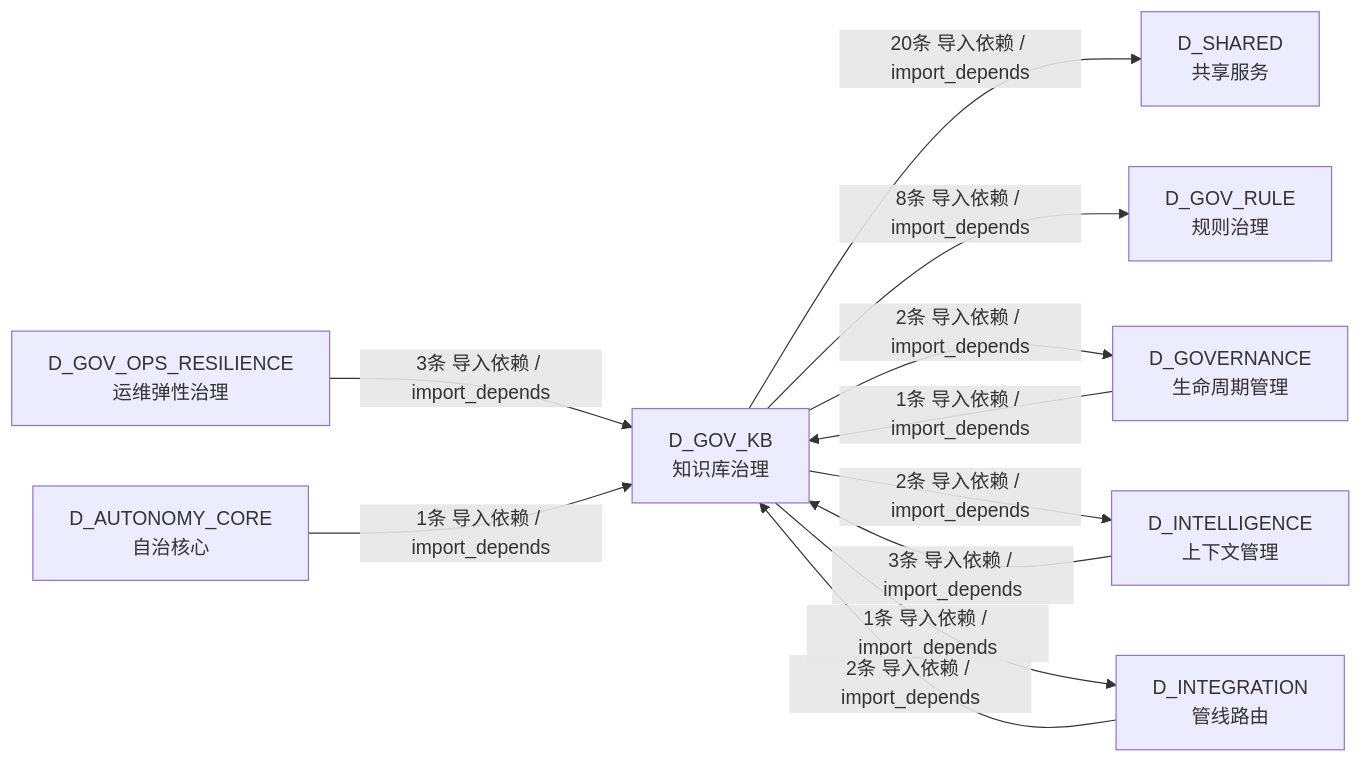
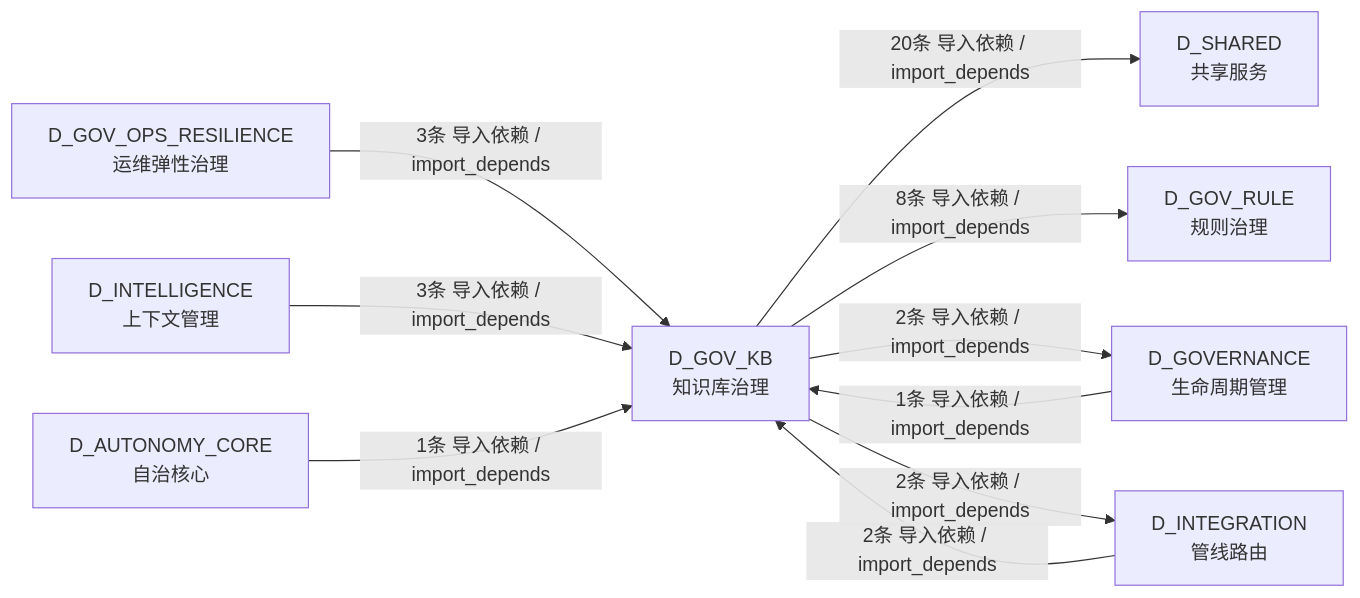
One commit to xuanFelixVan/ZephyrAlpha changed the fifth of 5 diagrams in docs/02_enterprise_architecture/02_domain_architecture_docs/43_d_gov_kb.md. Above: the diagram before and after it, drawn with Mermaid. The commit also changed other lines of this file and 86 other files, not shown here.

````diff
--- a/docs/02_enterprise_architecture/02_domain_architecture_docs/43_d_gov_kb.md
+++ b/docs/02_enterprise_architecture/02_domain_architecture_docs/43_d_gov_kb.md
@@ -377,21 +379,20 @@
 ```mermaid
 graph LR
     D_GOV_KB["D_GOV_KB<br/>知识库治理"]
     D_SHARED["D_SHARED<br/>共享服务"]
     D_GOV_RULE["D_GOV_RULE<br/>规则治理"]
     D_GOVERNANCE["D_GOVERNANCE<br/>生命周期管理"]
-    D_INTELLIGENCE["D_INTELLIGENCE<br/>上下文管理"]
     D_INTEGRATION["D_INTEGRATION<br/>管线路由"]
     D_GOV_OPS_RESILIENCE["D_GOV_OPS_RESILIENCE<br/>运维弹性治理"]
+    D_INTELLIGENCE["D_INTELLIGENCE<br/>上下文管理"]
     D_AUTONOMY_CORE["D_AUTONOMY_CORE<br/>自治核心"]
     D_GOV_KB -->|20条 导入依赖 / import_depends| D_SHARED
     D_GOV_KB -->|8条 导入依赖 / import_depends| D_GOV_RULE
     D_GOV_KB -->|2条 导入依赖 / import_depends| D_GOVERNANCE
-    D_GOV_KB -->|2条 导入依赖 / import_depends| D_INTELLIGENCE
-    D_GOV_KB -->|1条 导入依赖 / import_depends| D_INTEGRATION
+    D_GOV_KB -->|2条 导入依赖 / import_depends| D_INTEGRATION
     D_GOV_OPS_RESILIENCE -->|3条 导入依赖 / import_depends| D_GOV_KB
     D_INTELLIGENCE -->|3条 导入依赖 / import_depends| D_GOV_KB
     D_INTEGRATION -->|2条 导入依赖 / import_depends| D_GOV_KB
     D_AUTONOMY_CORE -->|1条 导入依赖 / import_depends| D_GOV_KB
     D_GOVERNANCE -->|1条 导入依赖 / import_depends| D_GOV_KB
 ```
````
